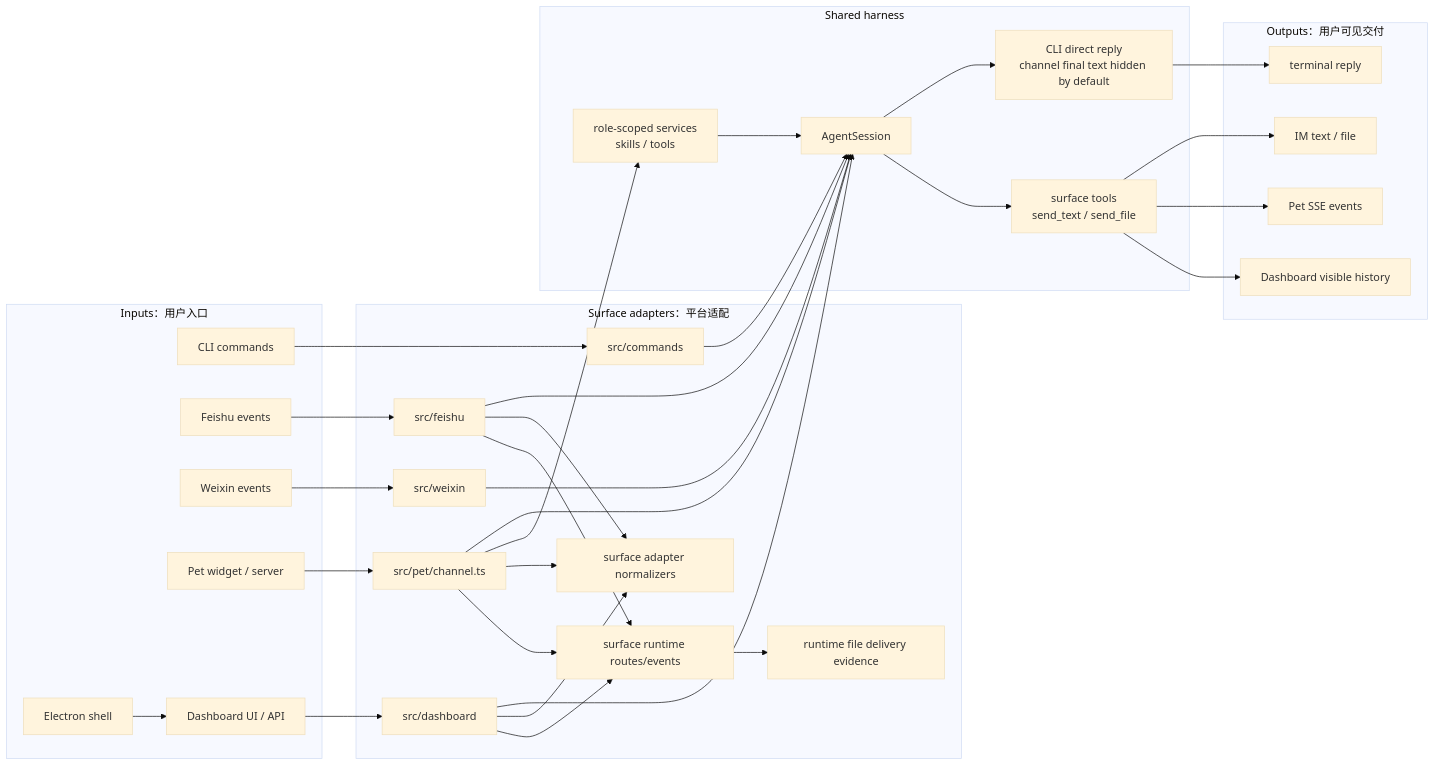
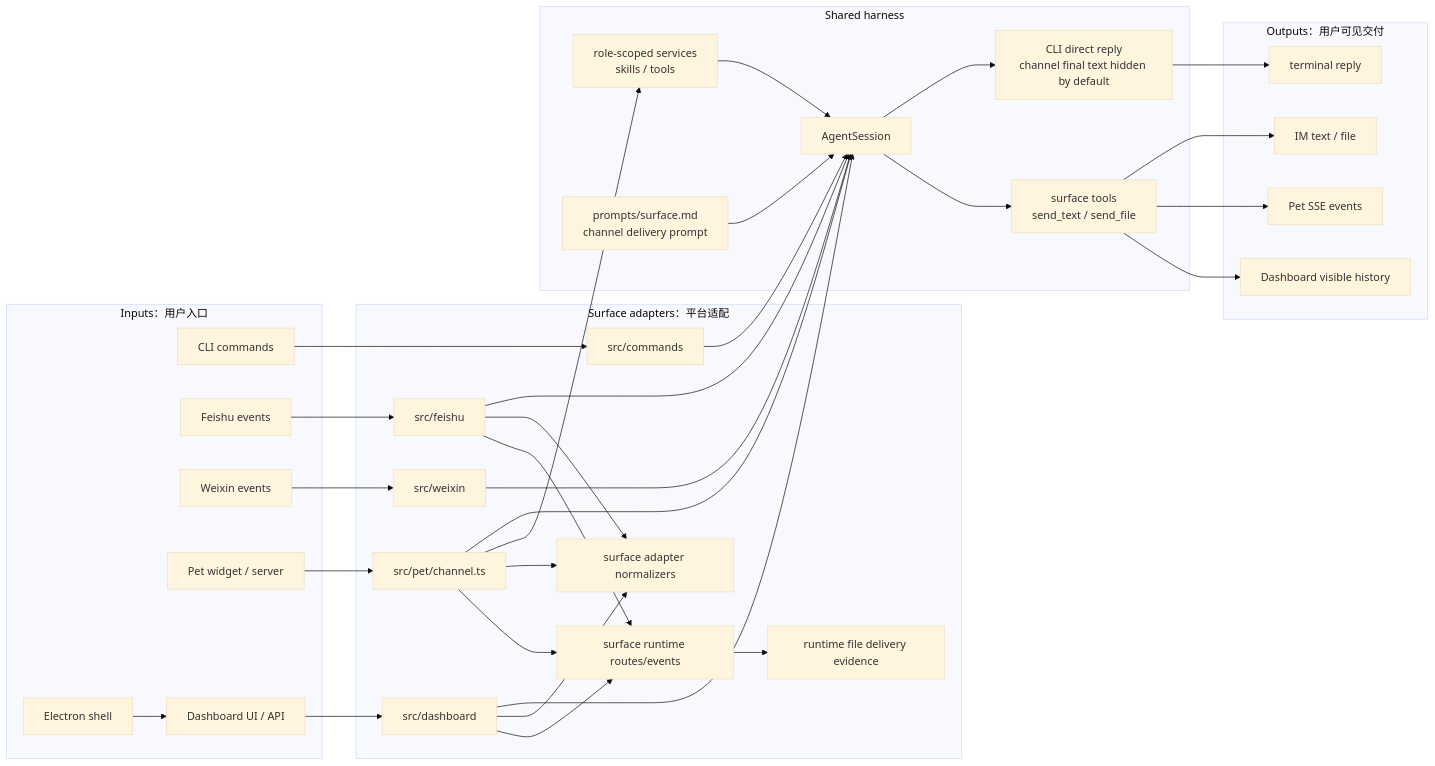
The first of 2 diagrams in docs/surface/SPEC.md (fightheyyy/XiaoBa-CLI), drawn with Mermaid (base theme) before and after one commit. The commit also changed other lines of this file and 271 other files, not shown here.

````diff
--- a/docs/surface/SPEC.md
+++ b/docs/surface/SPEC.md
@@ -42,63 +42,65 @@
 ```mermaid
 flowchart LR
     subgraph Inputs["Inputs：用户入口"]
         CLI["CLI commands"]
         Feishu["Feishu events"]
         Weixin["Weixin events"]
         Pet["Pet widget / server"]
         Dashboard["Dashboard UI / API"]
         Electron["Electron shell"]
     end
 
     subgraph SurfaceAdapters["Surface adapters：平台适配"]
         Commands["src/commands"]
         FeishuAdapter["src/feishu"]
         WeixinAdapter["src/weixin"]
         PetChannel["src/pet/channel.ts"]
         DashboardServer["src/dashboard"]
         AdapterContract["surface adapter normalizers"]
         RuntimeSmoke["surface runtime routes/events"]
         RuntimeFile["runtime file delivery evidence"]
     end
 
     subgraph Harness["Shared harness"]
         Session["AgentSession"]
         RoleScopedServices["role-scoped services<br/>skills / tools"]
+        SurfacePrompt["prompts/surface.md<br/>channel delivery prompt"]
         SurfaceTools["surface tools<br/>send_text / send_file"]
         DirectReply["CLI direct reply<br/>channel final text hidden by default"]
     end
 
     subgraph Outputs["Outputs：用户可见交付"]
         Terminal["terminal reply"]
         IMReply["IM text / file"]
         PetSSE["Pet SSE events"]
         DashboardView["Dashboard visible history"]
     end
 
     CLI --> Commands
     Feishu --> FeishuAdapter
     Weixin --> WeixinAdapter
     Pet --> PetChannel
     Dashboard --> DashboardServer
     Electron --> Dashboard
     Commands --> Session
     FeishuAdapter --> Session
     WeixinAdapter --> Session
     PetChannel --> Session
     DashboardServer --> Session
     PetChannel --> RoleScopedServices
     RoleScopedServices --> Session
     FeishuAdapter --> AdapterContract
     PetChannel --> AdapterContract
     DashboardServer --> AdapterContract
     FeishuAdapter --> RuntimeSmoke
     PetChannel --> RuntimeSmoke
     DashboardServer --> RuntimeSmoke
     RuntimeSmoke --> RuntimeFile
+    SurfacePrompt --> Session
     Session --> DirectReply
     Session --> SurfaceTools
     DirectReply --> Terminal
     SurfaceTools --> IMReply
     SurfaceTools --> PetSSE
     SurfaceTools --> DashboardView
 ```
````
